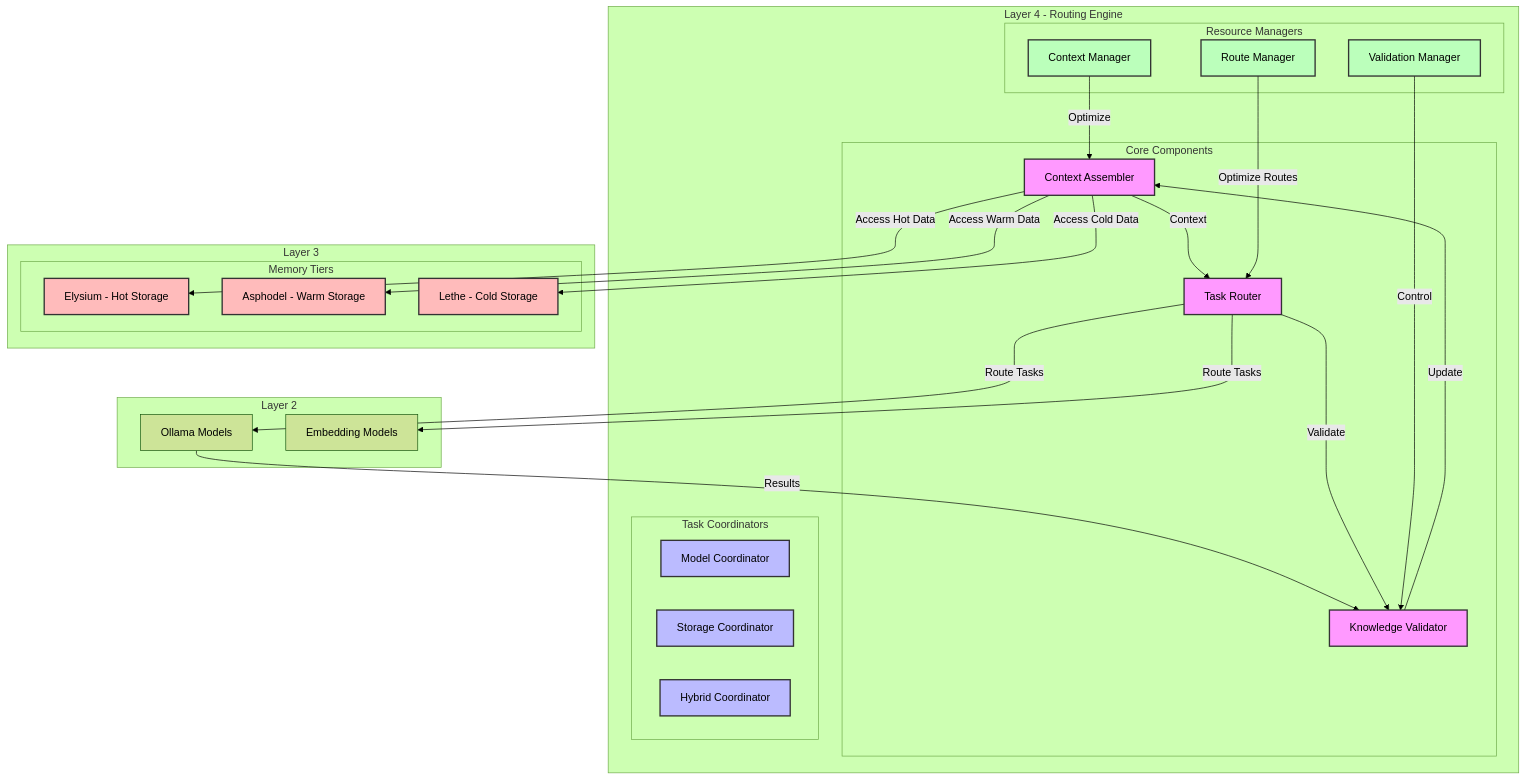
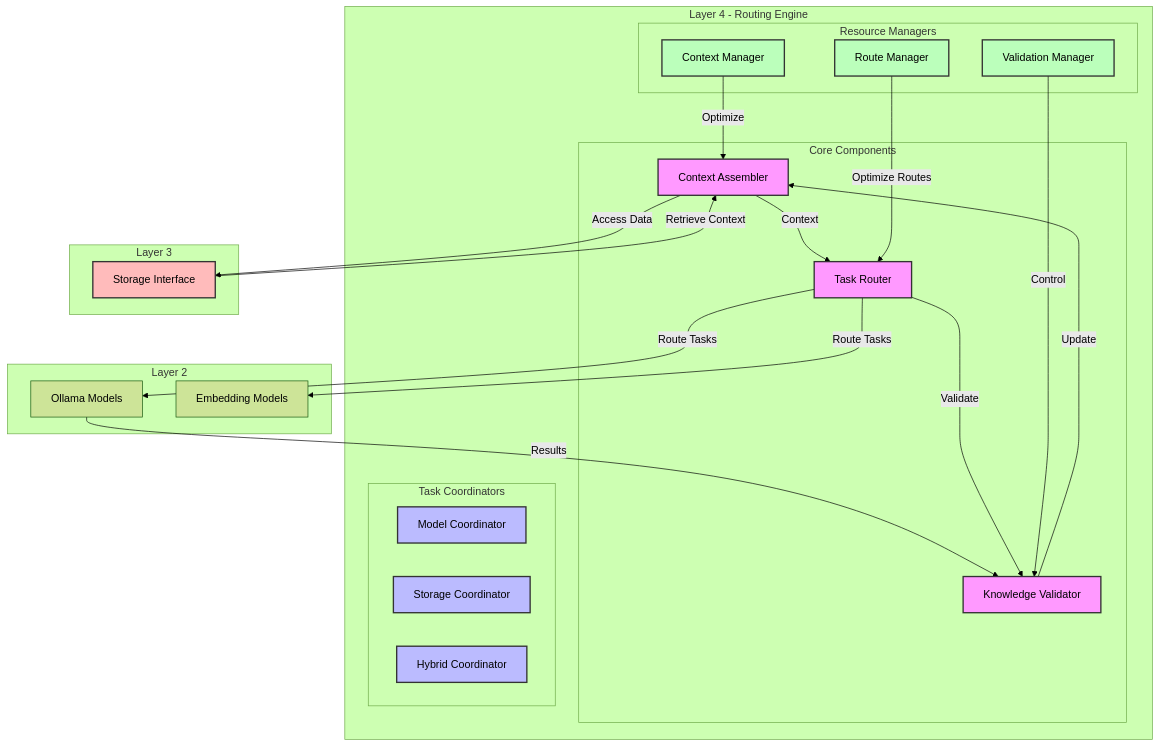
The diagram in L4_inference_layer_build.md (r3d91ll/Olympus), drawn with Mermaid (forest theme) before and after one commit. The commit also changed other lines of this file and 7 other files, not shown here.

````diff
--- a/L4_inference_layer_build.md
+++ b/L4_inference_layer_build.md
@@ -13,66 +13,61 @@
 ```mermaid
 graph TD
     subgraph Layer4[Layer 4 - Routing Engine]
         subgraph Core[Core Components]
             CA[Context Assembler]
             TR[Task Router]
             KV[Knowledge Validator]
         end
         
         subgraph Coordinators[Task Coordinators]
             MC[Model Coordinator]
             SC[Storage Coordinator]
             HC[Hybrid Coordinator]
         end
         
         subgraph Managers[Resource Managers]
             RM[Route Manager]
             CM[Context Manager]
             VM[Validation Manager]
         end
     end
     
     subgraph Layer2[Layer 2]
         OM[Ollama Models]
         EM[Embedding Models]
     end
     
     subgraph Layer3[Layer 3]
-        subgraph MemoryTier[Memory Tiers]
-            EL[Elysium - Hot Storage]
-            AS[Asphodel - Warm Storage]
-            LE[Lethe - Cold Storage]
-        end
+        SI[Storage Interface]
     end
     
     %% Connections to Layer 2
     TR -->|Route Tasks| OM
     TR -->|Route Tasks| EM
     OM -->|Results| KV
     
     %% Connections to Layer 3
-    CA -->|Access Hot Data| EL
-    CA -->|Access Warm Data| AS
-    CA -->|Access Cold Data| LE
+    CA -->|Access Data| SI
+    SI -->|Retrieve Context| CA
     
     %% Internal Connections
     CA -->|Context| TR
     TR -->|Validate| KV
     KV -->|Update| CA
     
     %% Resource Management
     RM -->|Optimize Routes| TR
     CM -->|Optimize| CA
     VM -->|Control| KV
     
     %% Styling
     classDef core fill:#f9f,stroke:#333,stroke-width:2px
     classDef coord fill:#bbf,stroke:#333,stroke-width:2px
     classDef mgr fill:#bfb,stroke:#333,stroke-width:2px
     classDef storage fill:#fbb,stroke:#333,stroke-width:2px
     
     class CA,TR,KV core
     class MC,SC,HC coord
     class RM,CM,VM mgr
-    class EL,AS,LE storage
+    class SI storage
 ```
````
